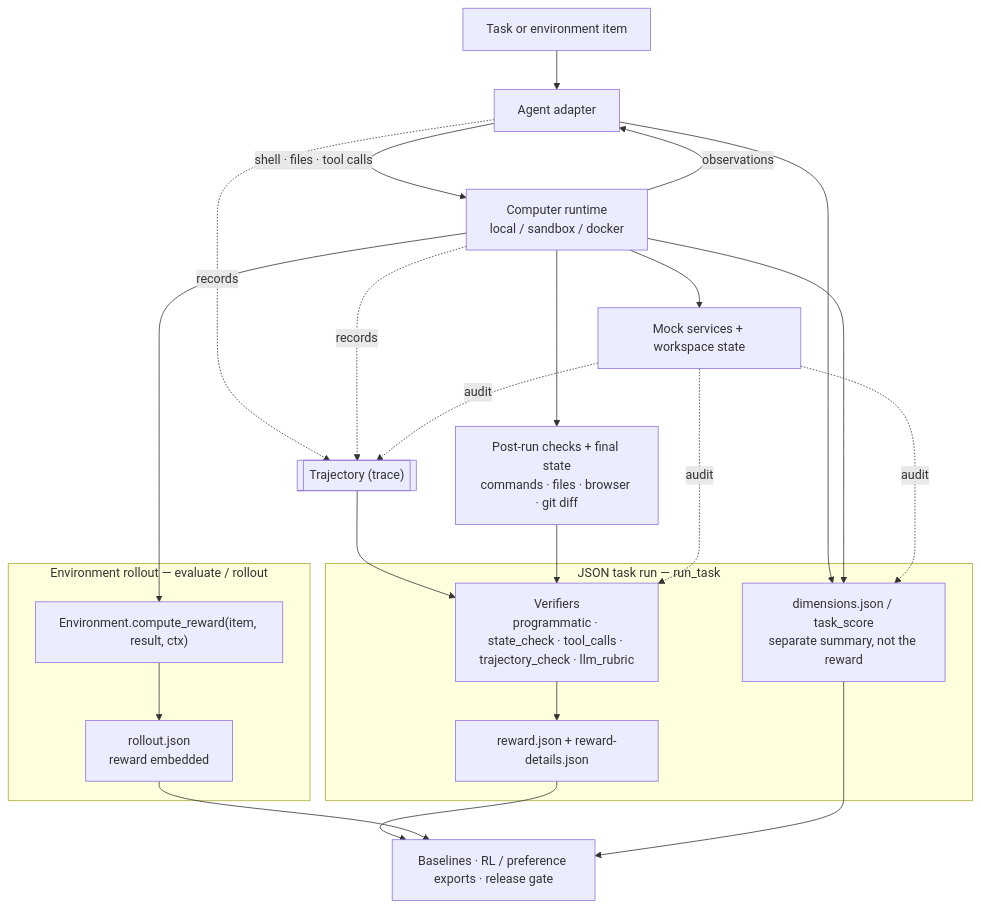
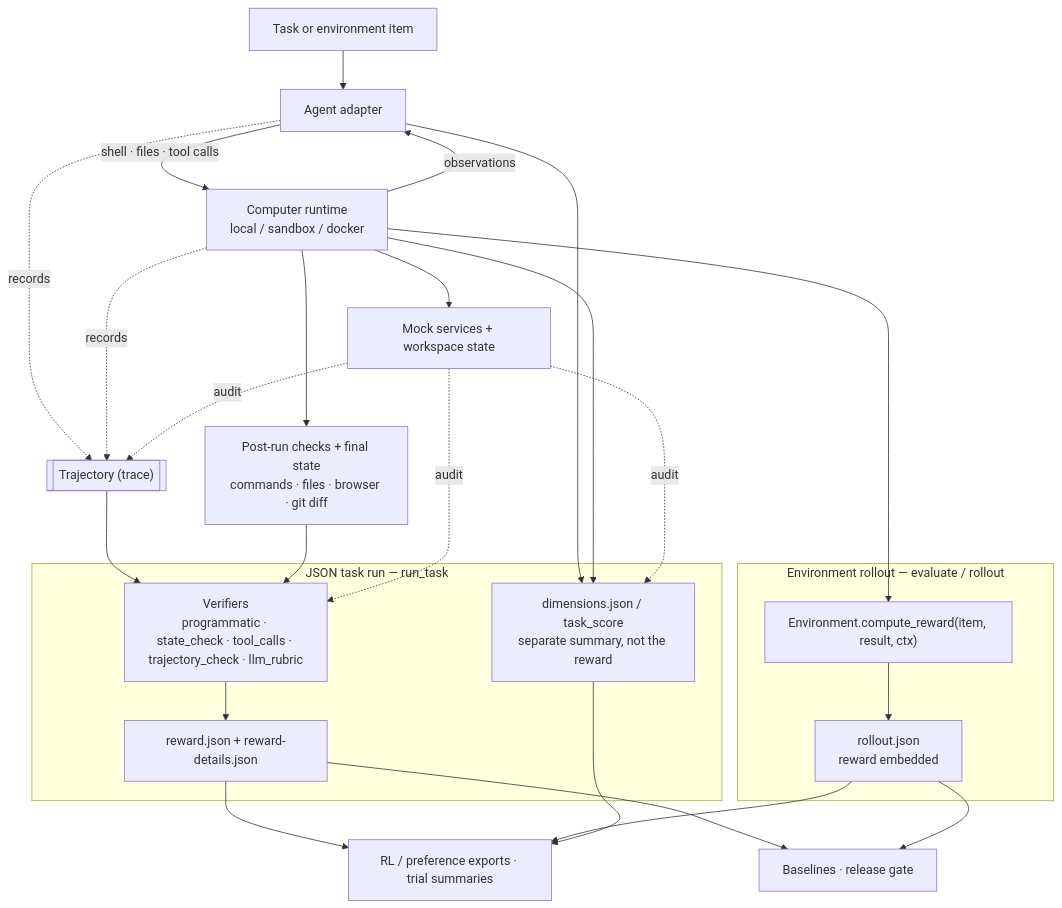
Before and after one commit to itseffi/agenticevals: the diagram in README.md, drawn with Mermaid.

````diff
--- a/README.md
+++ b/README.md
@@ -15,31 +15,33 @@
 ```mermaid
 flowchart TB
   Task["Task or environment item"] --> Agent["Agent adapter"]
   Agent -->|"shell · files · tool calls"| Computer["Computer runtime<br/>local / sandbox / docker"]
   Computer -->|"observations"| Agent
   Computer --> Svc["Mock services + workspace state"]
   Agent -. records .-> Traj[["Trajectory (trace)"]]
   Computer -. records .-> Traj
   Svc -. audit .-> Traj
 
   subgraph TaskRun["JSON task run — run_task"]
     Verif["Verifiers<br/>programmatic · state_check · tool_calls · trajectory_check · llm_rubric"] --> RJ["reward.json + reward-details.json"]
     Dims["dimensions.json / task_score<br/>separate summary, not the reward"]
   end
 
   subgraph EnvRun["Environment rollout — evaluate / rollout"]
     CR["Environment.compute_reward(item, result, ctx)"] --> RO["rollout.json<br/>reward embedded"]
   end
 
   Traj --> Verif
   Computer --> Checks["Post-run checks + final state<br/>commands · files · browser · git diff"]
   Checks --> Verif
   Svc -. audit .-> Verif
   Agent --> Dims
   Computer --> Dims
   Svc -. audit .-> Dims
   Computer --> CR
-  RJ --> Out["Baselines · RL / preference exports · release gate"]
-  RO --> Out
-  Dims --> Out
+  RJ --> Exports["RL / preference exports · trial summaries"]
+  RO --> Exports
+  Dims --> Exports
+  RJ --> Gate["Baselines · release gate"]
+  RO --> Gate
 ```
````
